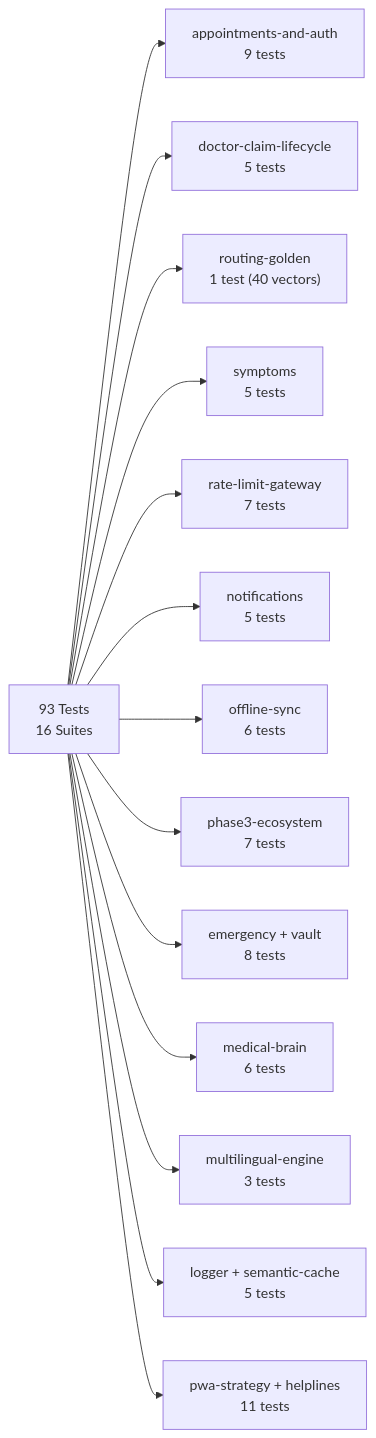
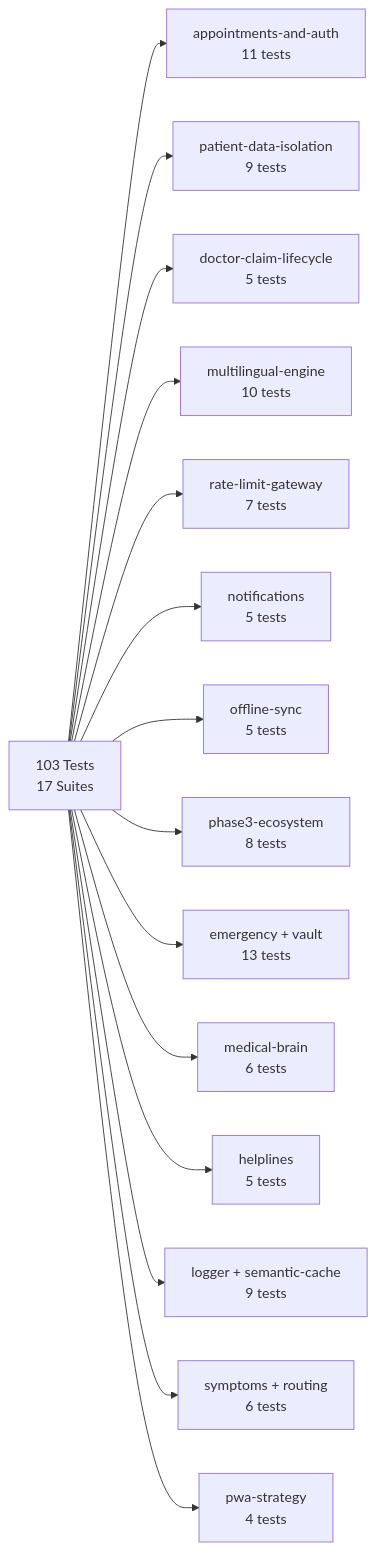
The ninth of 9 diagrams in README.md (Arnavshukla09/RURAL-HEALTHCARE-PLATFORM), drawn with Mermaid before and after one commit. The commit also changed other lines of this file and 2 other files, not shown here.

Commit message:
docs: synchronize README and scaling plan with 103-test suite, 3-tier provenance, and clean accessibility bar

````diff
--- a/README.md
+++ b/README.md
@@ -563,16 +567,17 @@
 ```mermaid
 flowchart LR
-    T["93 Tests\n16 Suites"] --> A["appointments-and-auth\n9 tests"]
-    T --> B["doctor-claim-lifecycle\n5 tests"]
-    T --> C["routing-golden\n1 test (40 vectors)"]
-    T --> D["symptoms\n5 tests"]
+    T["103 Tests\n17 Suites"] --> A["appointments-and-auth\n11 tests"]
+    T --> B["patient-data-isolation\n9 tests"]
+    T --> C["doctor-claim-lifecycle\n5 tests"]
+    T --> D["multilingual-engine\n10 tests"]
     T --> E["rate-limit-gateway\n7 tests"]
     T --> F["notifications\n5 tests"]
-    T --> G["offline-sync\n6 tests"]
-    T --> H["phase3-ecosystem\n7 tests"]
-    T --> I["emergency + vault\n8 tests"]
+    T --> G["offline-sync\n5 tests"]
+    T --> H["phase3-ecosystem\n8 tests"]
+    T --> I["emergency + vault\n13 tests"]
     T --> J["medical-brain\n6 tests"]
-    T --> K["multilingual-engine\n3 tests"]
-    T --> L["logger + semantic-cache\n5 tests"]
-    T --> M["pwa-strategy + helplines\n11 tests"]
+    T --> K["helplines\n5 tests"]
+    T --> L["logger + semantic-cache\n9 tests"]
+    T --> M["symptoms + routing\n6 tests"]
+    T --> N["pwa-strategy\n4 tests"]
 ```
````
